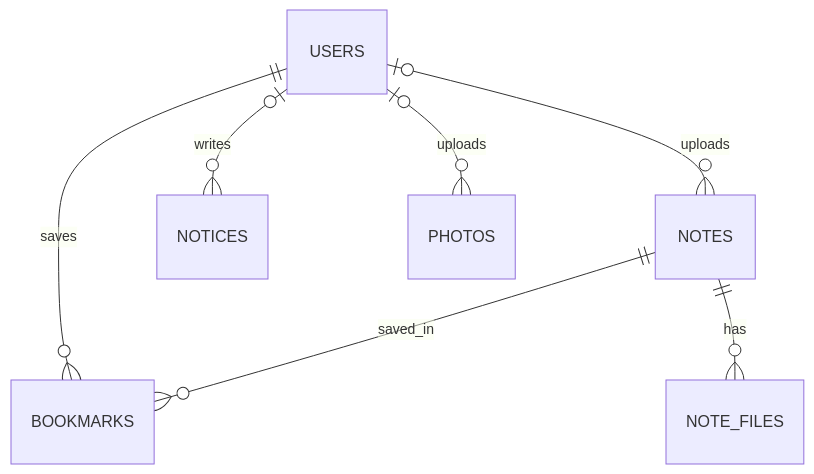
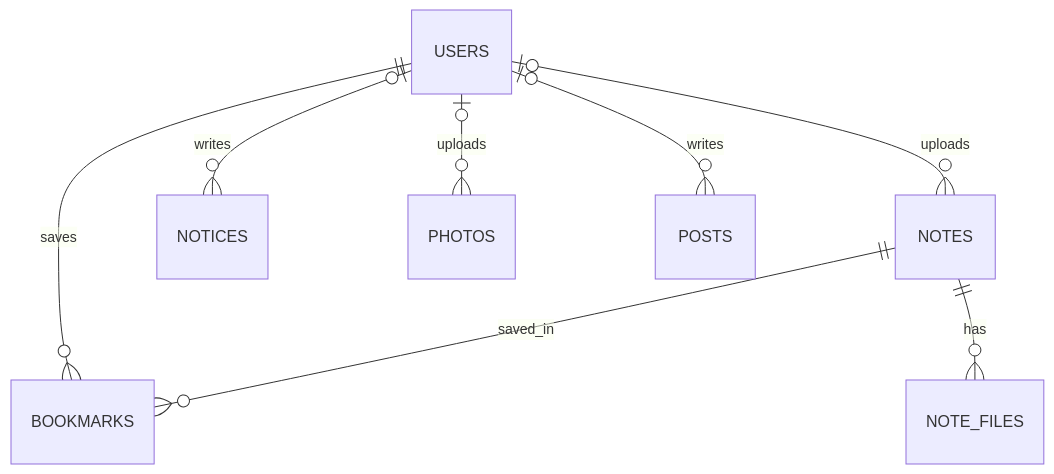
Before and after one commit to HackerKHU/hacker_HP: the diagram in spec/3-2-DESIGN-CONTRACT.md, drawn with Mermaid. The commit also changed other lines of this file and 13 other files, not shown here.

````diff
--- a/spec/3-2-DESIGN-CONTRACT.md
+++ b/spec/3-2-DESIGN-CONTRACT.md
@@ -26,9 +26,10 @@
 ```mermaid
 erDiagram
   USERS |o--o{ NOTES : uploads
   USERS ||--o{ BOOKMARKS : saves
   NOTES ||--o{ BOOKMARKS : saved_in
   NOTES ||--o{ NOTE_FILES : has
   USERS |o--o{ NOTICES : writes
   USERS |o--o{ PHOTOS : uploads
+  USERS |o--o{ POSTS : writes
 ```
````
